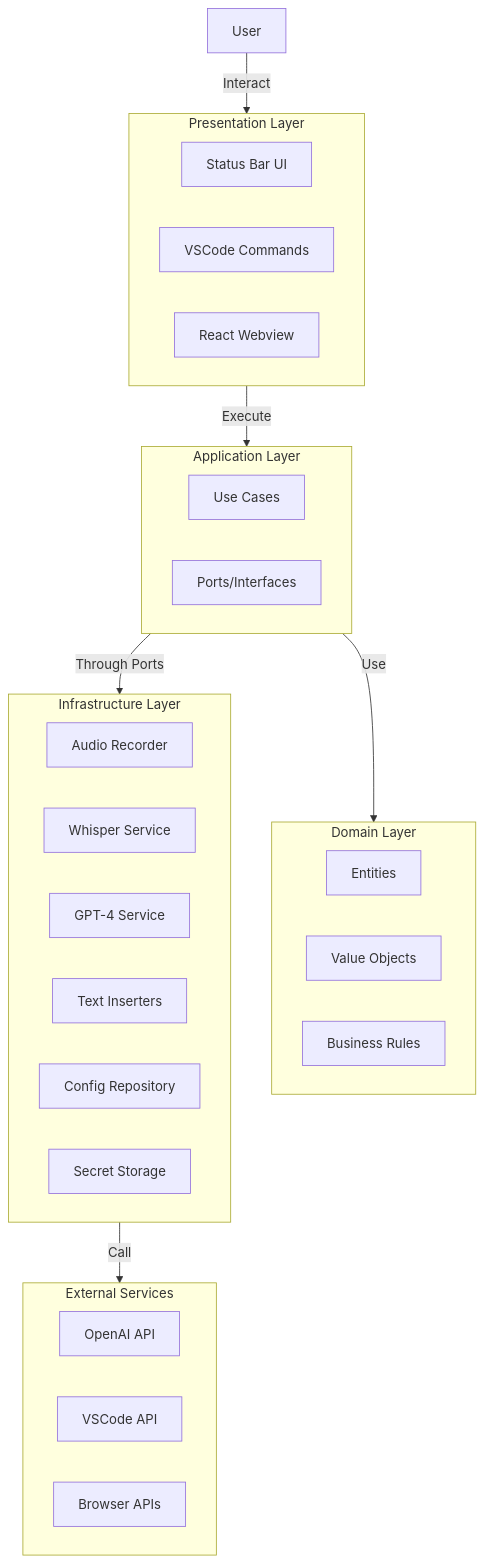
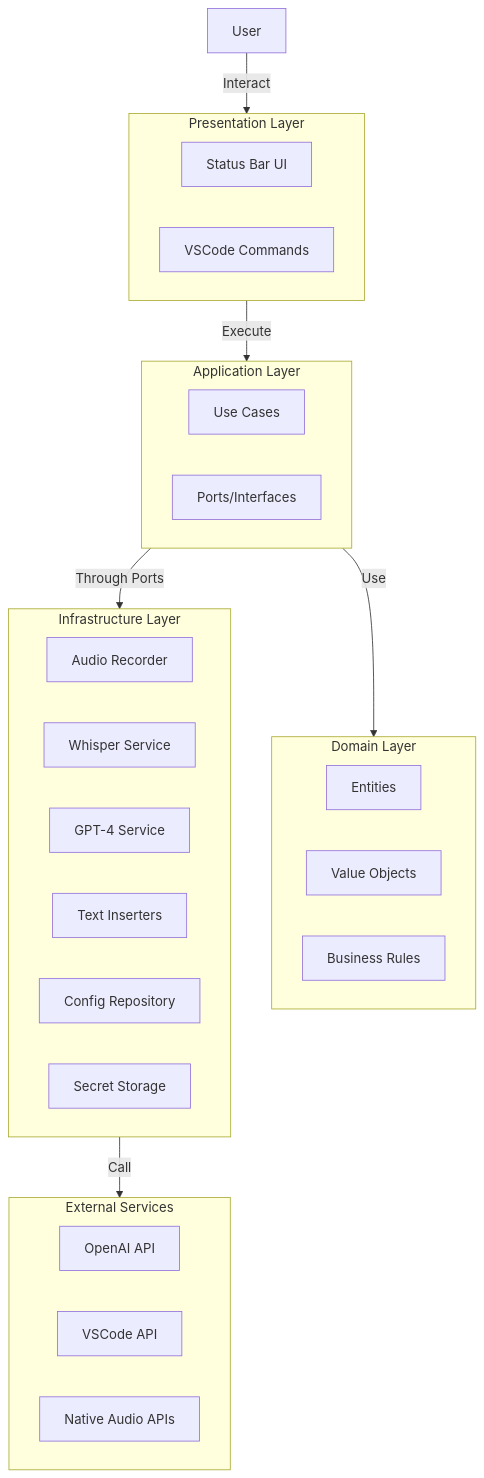
One commit to vypdev/cursor-whisper changed the first of 4 diagrams in docs/architecture/overview.md. Above: the diagram before and after it, drawn with Mermaid. The commit also changed other lines of this file and 14 other files, not shown here.

Commit message:
Refactor audio recording implementation to use native @kstonekuan/audio-capture, update documentation, and remove deprecated webview-based audio recorder. Adjust .gitignore and .vscodeignore for new dependencies.

````diff
--- a/docs/architecture/overview.md
+++ b/docs/architecture/overview.md
@@ -31,42 +31,41 @@
 ```mermaid
 flowchart TB
     User[User]
     
     subgraph Presentation["Presentation Layer"]
         StatusBar[Status Bar UI]
         Commands[VSCode Commands]
-        Webview[React Webview]
     end
     
     subgraph Application["Application Layer"]
         UseCases[Use Cases]
         Ports[Ports/Interfaces]
     end
     
     subgraph Domain["Domain Layer"]
         Entities[Entities]
         ValueObjects[Value Objects]
         BusinessRules[Business Rules]
     end
     
     subgraph Infrastructure["Infrastructure Layer"]
         AudioAdapter[Audio Recorder]
         WhisperAdapter[Whisper Service]
         GPTAdapter[GPT-4 Service]
         InsertionAdapters[Text Inserters]
         ConfigAdapter[Config Repository]
         StorageAdapter[Secret Storage]
     end
     
     subgraph External["External Services"]
         OpenAI[OpenAI API]
         VSCodeAPI[VSCode API]
-        BrowserAPI[Browser APIs]
+        NativeAudio[Native Audio APIs]
     end
     
     User -->|Interact| Presentation
     Presentation -->|Execute| Application
     Application -->|Use| Domain
     Application -->|Through Ports| Infrastructure
     Infrastructure -->|Call| External
 ```
````
